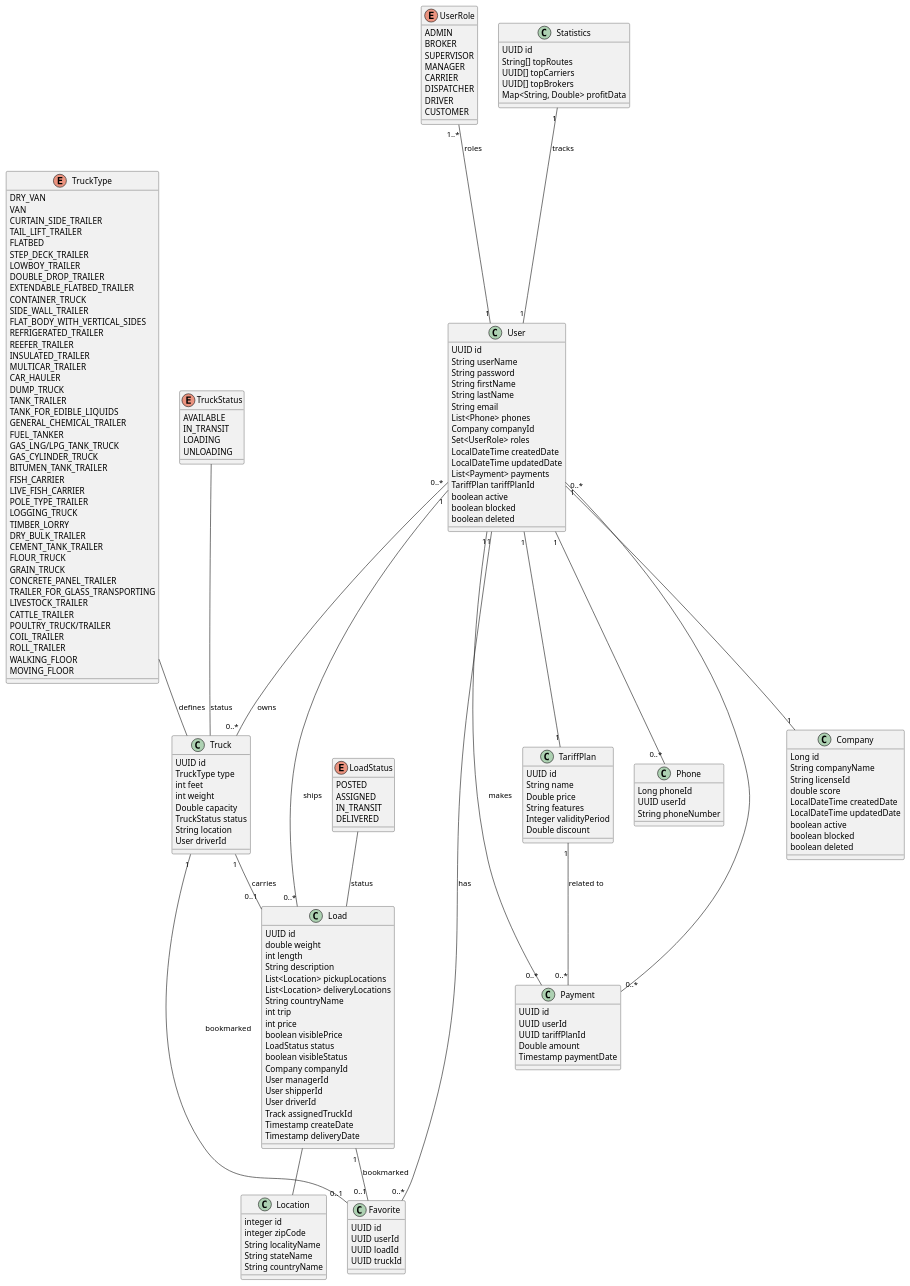
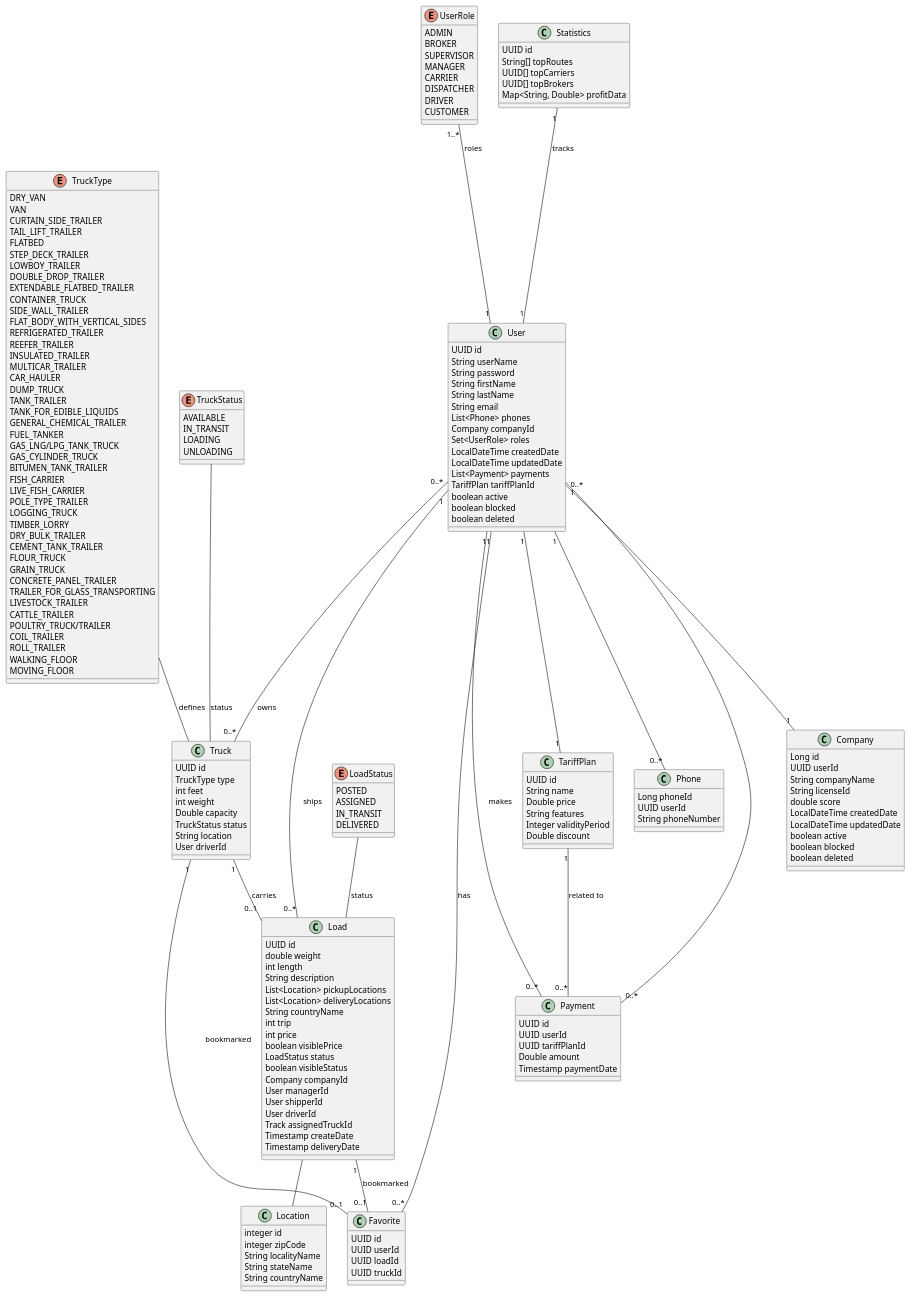
One commit to fusibleman1985/TransCom changed the diagram in ClassesDiagram.puml. Above: the diagram before and after it, drawn with PlantUML. The commit also changed 10 other files, not shown here.

Commit message:
Create some entities. (Commented). Add UUID userId in class Company in pumpldiagram.

```diff
--- a/ClassesDiagram.puml
+++ b/ClassesDiagram.puml
@@ -27,6 +27,7 @@
 
 class Company {
     Long id
+    UUID userId
     String companyName
     String licenseId
     double score
```
